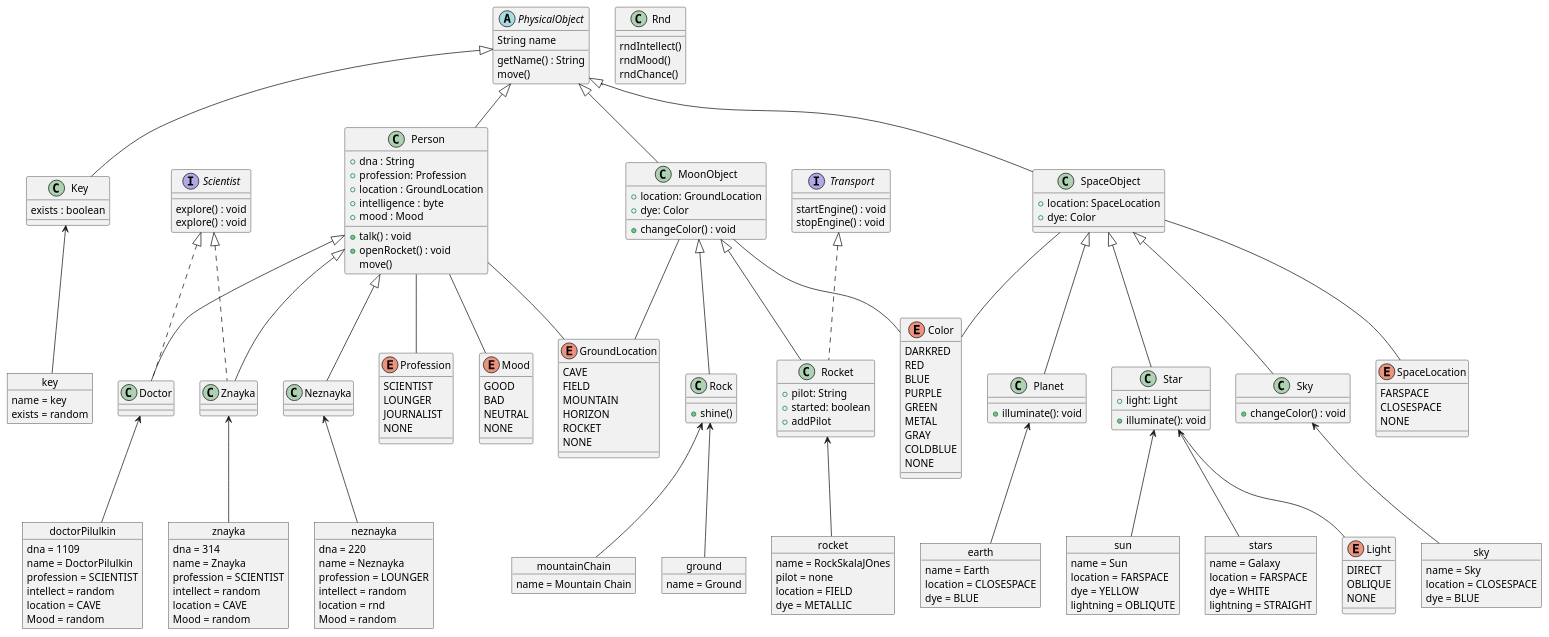
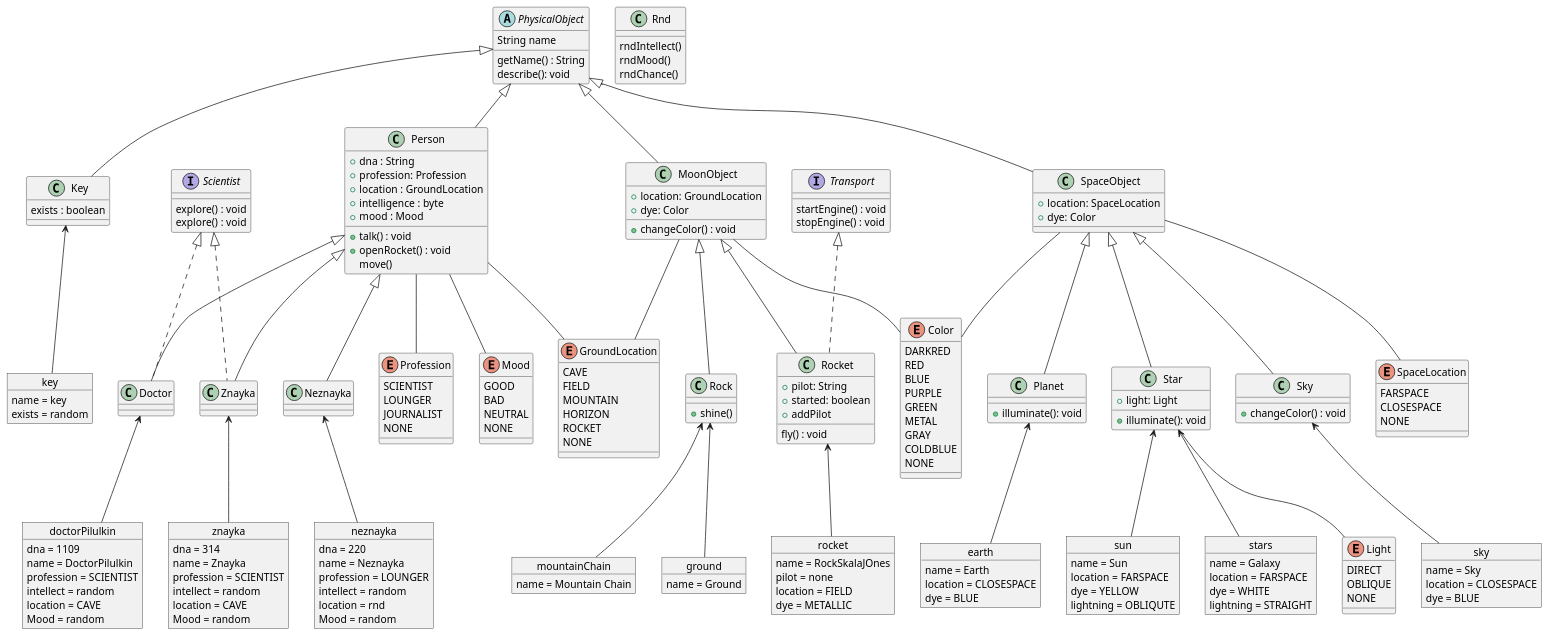
One commit to tr-osfh/lab3Attempt2 changed the diagram in uml.puml. Above: the diagram before and after it, drawn with PlantUML.

Commit message:
Переписал метод describe для некоторых классов

```diff
--- a/uml.puml
+++ b/uml.puml
@@ -4,7 +4,7 @@
 String name
 
 getName() : String
-move()
+describe(): void
 }
 
 class Key extends PhysicalObject{
@@ -87,6 +87,8 @@
 +pilot: String
 +started: boolean
 + addPilot
+
+fly() : void
 }
 
 
```
